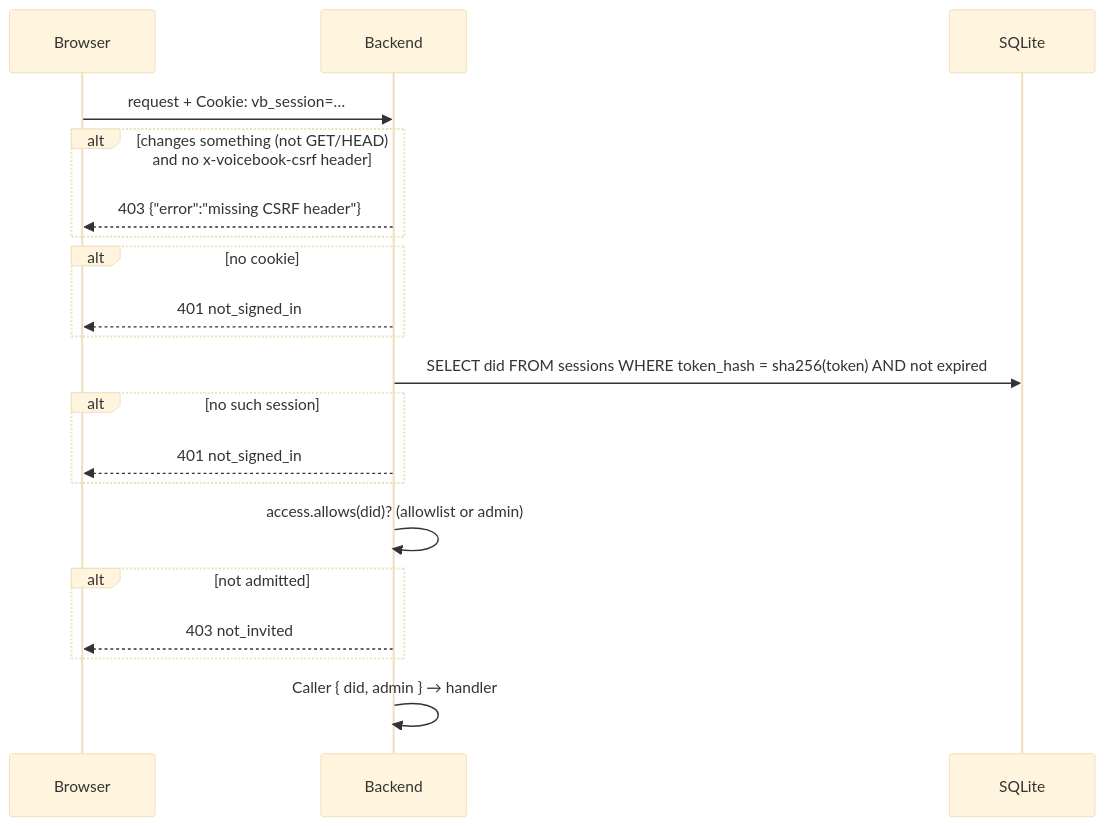
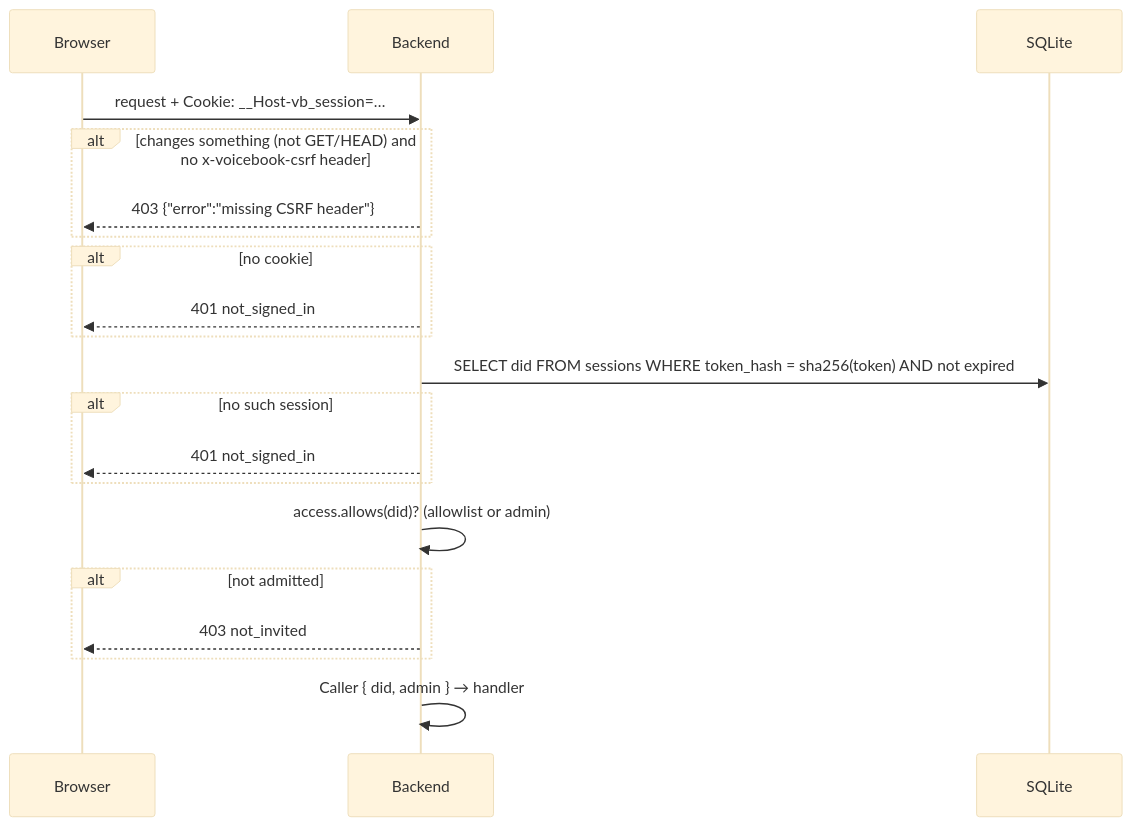
One commit to tessprime/voicebook.club changed the diagram in docs/api/README.md. Above: the diagram before and after it, drawn with Mermaid (base theme). The commit also changed other lines of this file and 18 other files, not shown here.

````diff
--- a/docs/api/README.md
+++ b/docs/api/README.md
@@ -36,22 +39,22 @@
 ```mermaid
 sequenceDiagram
     participant B as Browser
     participant A as Backend
     participant D as SQLite
-    B->>A: request + Cookie: vb_session=…
+    B->>A: request + Cookie: __Host-vb_session=…
     alt changes something (not GET/HEAD) and no x-voicebook-csrf header
         A-->>B: 403 {"error":"missing CSRF header"}
     end
     alt no cookie
         A-->>B: 401 not_signed_in
     end
     A->>D: SELECT did FROM sessions WHERE token_hash = sha256(token) AND not expired
     alt no such session
         A-->>B: 401 not_signed_in
     end
     A->>A: access.allows(did)? (allowlist or admin)
     alt not admitted
         A-->>B: 403 not_invited
     end
     A->>A: Caller { did, admin } → handler
 ```
````
